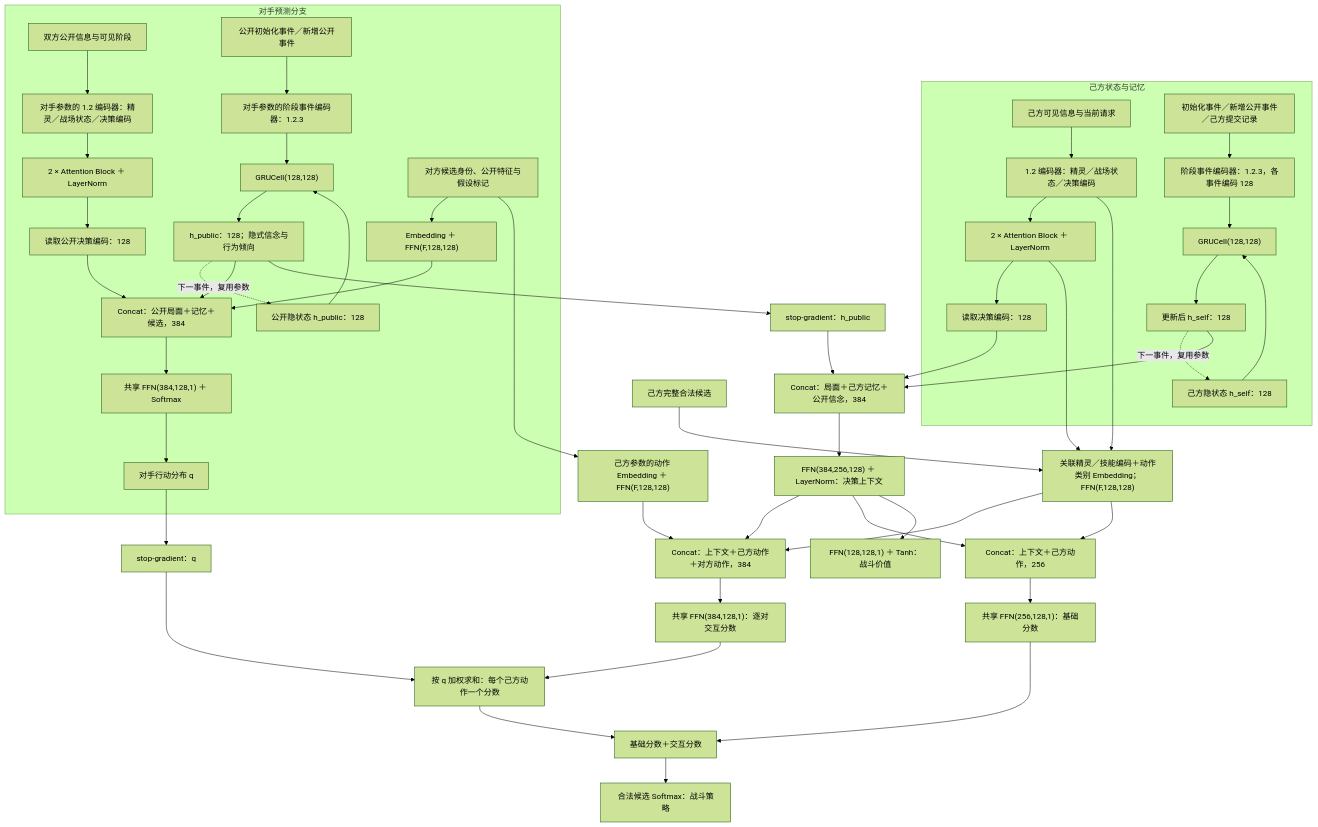
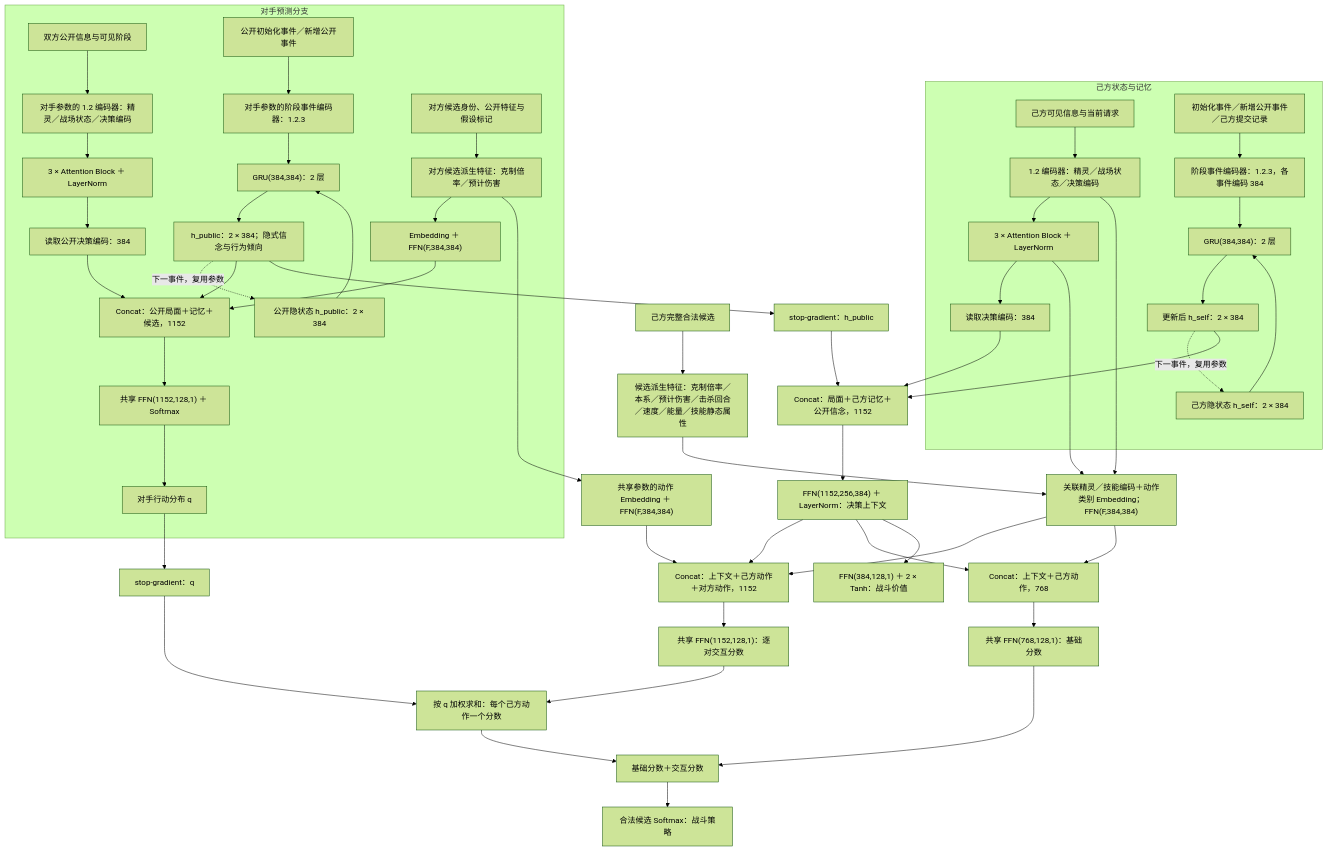
The sixth of 7 diagrams in MODEL_DESIGN.md (ChickenD233/Alpha-Roco), drawn with Mermaid (forest theme) before and after one commit. The commit also changed other lines of this file and 16 other files, not shown here.

````diff
--- a/MODEL_DESIGN.md
+++ b/MODEL_DESIGN.md
@@ -135,56 +145,58 @@
 ```mermaid
 flowchart TB
     subgraph SELF["己方状态与记忆"]
         S0["己方可见信息与当前请求"] --> S1["1.2 编码器：精灵／战场状态／决策编码"]
-        S1 --> S2["2 × Attention Block ＋ LayerNorm"]
-        S2 --> S3["读取决策编码：128"]
-        H0["初始化事件／新增公开事件／己方提交记录"] --> H1["阶段事件编码器：1.2.3，各事件编码 128"]
-        HP["己方隐状态 h_self：128"] --> HR["GRUCell(128,128)"]
+        S1 --> S2["3 × Attention Block ＋ LayerNorm"]
+        S2 --> S3["读取决策编码：384"]
+        H0["初始化事件／新增公开事件／己方提交记录"] --> H1["阶段事件编码器：1.2.3，各事件编码 384"]
+        HP["己方隐状态 h_self：2 × 384"] --> HR["GRU(384,384)：2 层"]
         H1 --> HR
-        HR --> HN["更新后 h_self：128"]
+        HR --> HN["更新后 h_self：2 × 384"]
         HN -.->|"下一事件，复用参数"| HP
     end
 
     subgraph OPP["对手预测分支"]
         O0["双方公开信息与可见阶段"] --> O1["对手参数的 1.2 编码器：精灵／战场状态／决策编码"]
-        O1 --> O2["2 × Attention Block ＋ LayerNorm"]
-        O2 --> O3["读取公开决策编码：128"]
+        O1 --> O2["3 × Attention Block ＋ LayerNorm"]
+        O2 --> O3["读取公开决策编码：384"]
         E0["公开初始化事件／新增公开事件"] --> E1["对手参数的阶段事件编码器：1.2.3"]
-        EP["公开隐状态 h_public：128"] --> ER["GRUCell(128,128)"]
+        EP["公开隐状态 h_public：2 × 384"] --> ER["GRU(384,384)：2 层"]
         E1 --> ER
-        ER --> EN["h_public：128；隐式信念与行为倾向"]
+        ER --> EN["h_public：2 × 384；隐式信念与行为倾向"]
         EN -.->|"下一事件，复用参数"| EP
-        OC["对方候选身份、公开特征与假设标记"] --> OE["Embedding ＋ FFN(F,128,128)"]
-        OE --> OP["Concat：公开局面＋记忆＋候选，384"]
+        OC["对方候选身份、公开特征与假设标记"] --> OR["对方候选派生特征：克制倍率／预计伤害"]
+        OR --> OE["Embedding ＋ FFN(F,384,384)"]
+        OE --> OP["Concat：公开局面＋记忆＋候选，1152"]
         O3 --> OP
         EN --> OP
-        OP --> OS["共享 FFN(384,128,1) ＋ Softmax"]
+        OP --> OS["共享 FFN(1152,128,1) ＋ Softmax"]
         OS --> Q["对手行动分布 q"]
     end
 
     Q --> DQ["stop-gradient：q"]
     EN --> DH["stop-gradient：h_public"]
-    S3 --> F0["Concat：局面＋己方记忆＋公开信念，384"]
+    S3 --> F0["Concat：局面＋己方记忆＋公开信念，1152"]
     HN --> F0
     DH --> F0
-    F0 --> F1["FFN(384,256,128) ＋ LayerNorm：决策上下文"]
+    F0 --> F1["FFN(1152,256,384) ＋ LayerNorm：决策上下文"]
 
-    AC["己方完整合法候选"] --> AE["关联精灵／技能编码＋动作类别 Embedding；FFN(F,128,128)"]
+    AC["己方完整合法候选"] --> AR["候选派生特征：克制倍率／本系／预计伤害／击杀回合／速度／能量／技能静态属性"]
+    AR --> AE["关联精灵／技能编码＋动作类别 Embedding；FFN(F,384,384)"]
     S2 --> AE
     S1 --> AE
-    OC --> PE["己方参数的动作 Embedding ＋ FFN(F,128,128)"]
+    OR --> PE["共享参数的动作 Embedding ＋ FFN(F,384,384)"]
 
-    F1 --> PA["Concat：上下文＋己方动作＋对方动作，384"]
+    F1 --> PA["Concat：上下文＋己方动作＋对方动作，1152"]
     AE --> PA
     PE --> PA
-    PA --> PS["共享 FFN(384,128,1)：逐对交互分数"]
+    PA --> PS["共享 FFN(1152,128,1)：逐对交互分数"]
     PS --> SUM["按 q 加权求和：每个己方动作一个分数"]
     DQ --> SUM
-    F1 --> BA["Concat：上下文＋己方动作，256"]
+    F1 --> BA["Concat：上下文＋己方动作，768"]
     AE --> BA
-    BA --> BS["共享 FFN(256,128,1)：基础分数"]
+    BA --> BS["共享 FFN(768,128,1)：基础分数"]
     SUM --> ADD["基础分数＋交互分数"]
     BS --> ADD
     ADD --> PI["合法候选 Softmax：战斗策略"]
-    F1 --> V["FFN(128,128,1) ＋ Tanh：战斗价值"]
+    F1 --> V["FFN(384,128,1) ＋ 2 × Tanh：战斗价值"]
 ```
````
